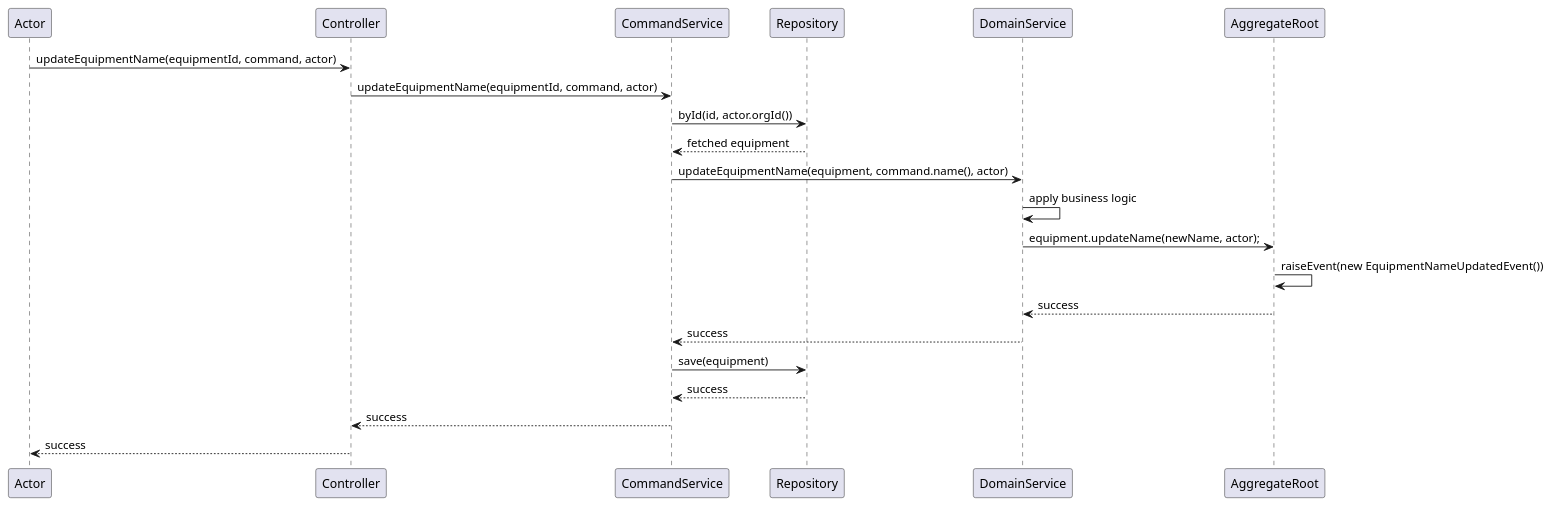
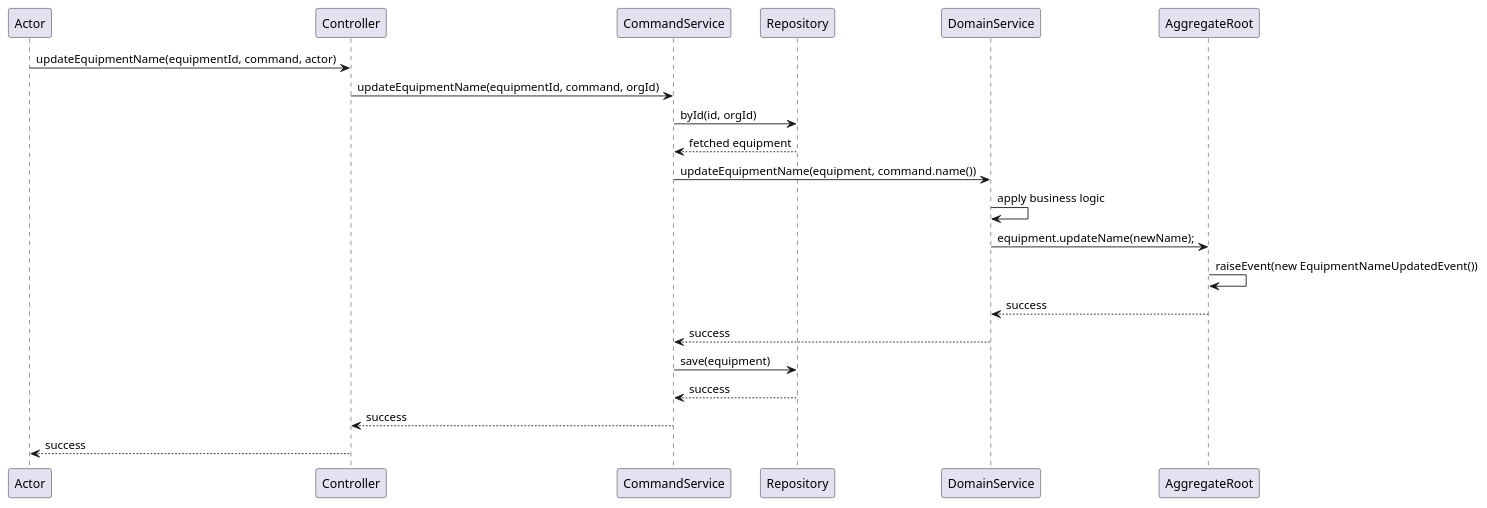
One commit to davenkin/andy-springboot4-template changed the third of 7 diagrams in adr/005_unified_request_process_flow.md. Above: the diagram before and after it, drawn with PlantUML. The commit also changed other lines of this file and 2 other files, not shown here.

````diff
--- a/adr/005_unified_request_process_flow.md
+++ b/adr/005_unified_request_process_flow.md
@@ -199,18 +197,18 @@
 ```plantuml
 @startuml
 Actor -> Controller: updateEquipmentName(equipmentId, command, actor)
-Controller -> CommandService: updateEquipmentName(equipmentId, command, actor)
-CommandService -> Repository: byId(id, actor.orgId())
+Controller -> CommandService: updateEquipmentName(equipmentId, command, orgId)
+CommandService -> Repository: byId(id, orgId)
 Repository --> CommandService: fetched equipment
-CommandService -> DomainService: updateEquipmentName(equipment, command.name(), actor)
+CommandService -> DomainService: updateEquipmentName(equipment, command.name())
 DomainService -> DomainService: apply business logic
-DomainService -> AggregateRoot: equipment.updateName(newName, actor);
+DomainService -> AggregateRoot: equipment.updateName(newName);
 AggregateRoot -> AggregateRoot: raiseEvent(new EquipmentNameUpdatedEvent())
 AggregateRoot --> DomainService: success
 DomainService --> CommandService: success
 CommandService -> Repository: save(equipment)
 Repository --> CommandService: success
 CommandService --> Controller: success
 Controller --> Actor: success
 @enduml
 ```
````
